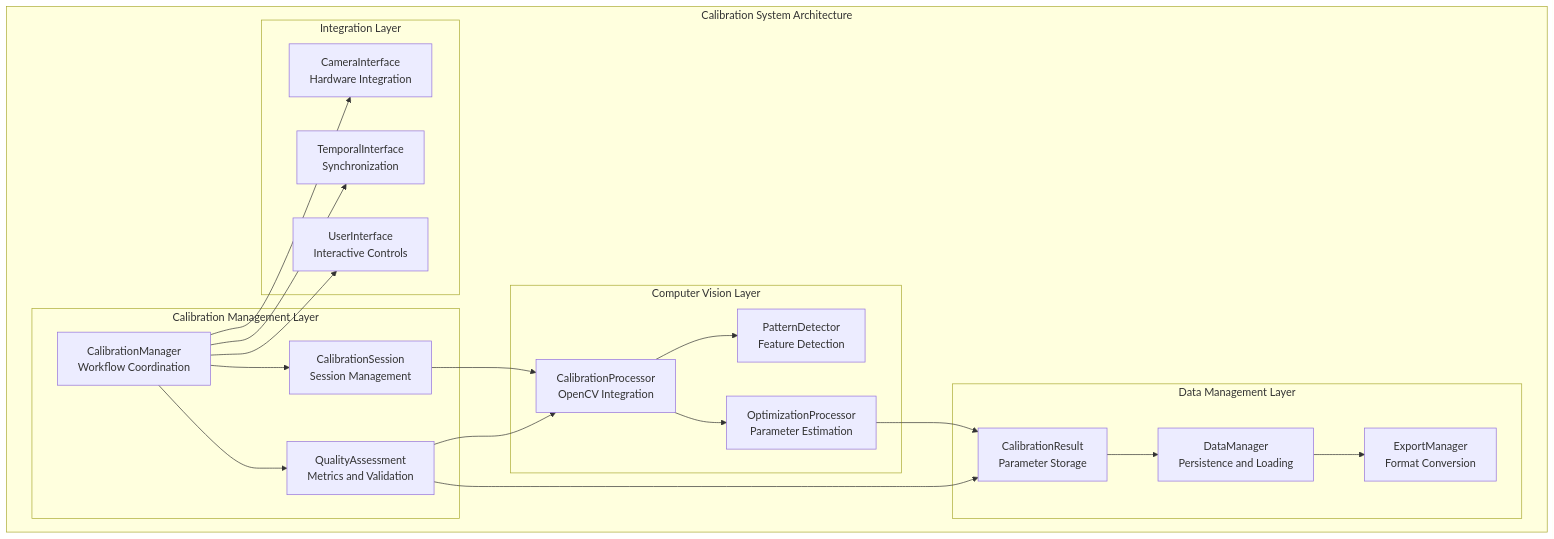
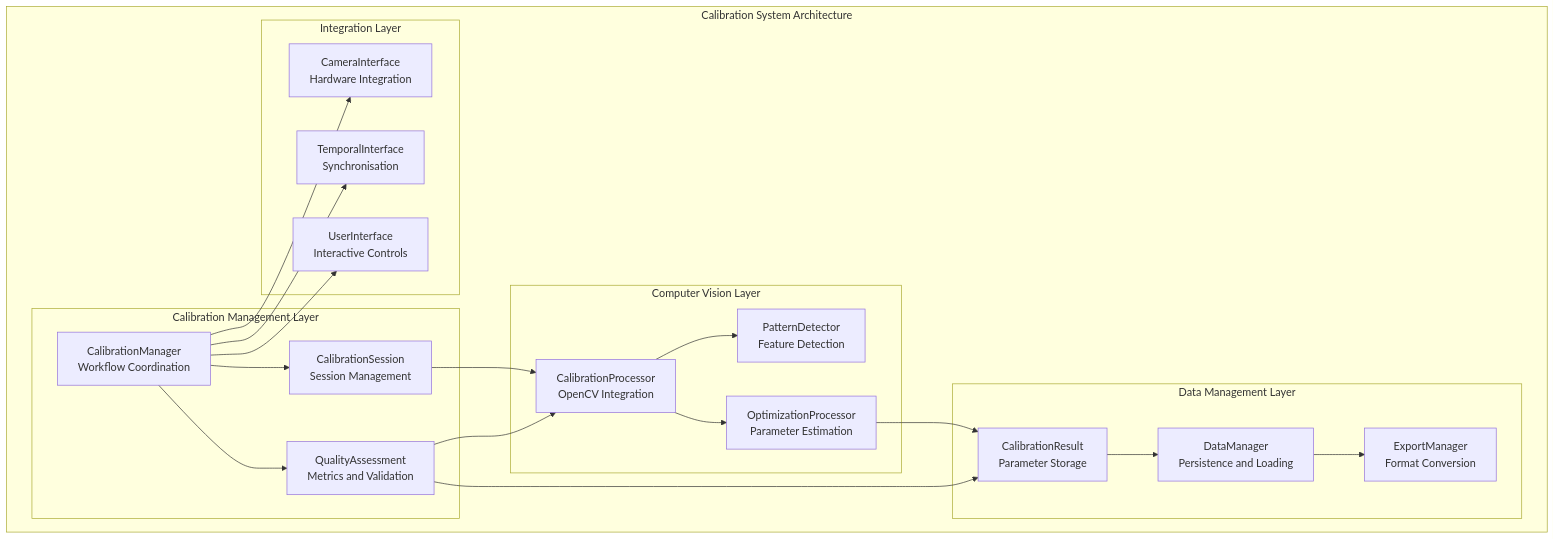
Before and after one commit to buccancs/fyp-multi-sensor-recording-system: the diagram in docs/module_deep_dive/calibration_system_readme.md, drawn with Mermaid. The commit also changed other lines of this file and 56 other files, not shown here.

````diff
--- a/docs/module_deep_dive/calibration_system_readme.md
+++ b/docs/module_deep_dive/calibration_system_readme.md
@@ -63,45 +63,45 @@
 ```mermaid
 graph TB
     subgraph "Calibration System Architecture"
         subgraph "Calibration Management Layer"
             CM[CalibrationManager<br/>Workflow Coordination]
             CS[CalibrationSession<br/>Session Management]
             QA[QualityAssessment<br/>Metrics and Validation]
         end
         
         subgraph "Computer Vision Layer"
             CP[CalibrationProcessor<br/>OpenCV Integration]
             PD[PatternDetector<br/>Feature Detection]
             OP[OptimizationProcessor<br/>Parameter Estimation]
         end
         
         subgraph "Data Management Layer"
             CR[CalibrationResult<br/>Parameter Storage]
             DM[DataManager<br/>Persistence and Loading]
             EM[ExportManager<br/>Format Conversion]
         end
         
         subgraph "Integration Layer"
             CI[CameraInterface<br/>Hardware Integration]
-            TI[TemporalInterface<br/>Synchronization]
+            TI[TemporalInterface<br/>Synchronisation]
             UI[UserInterface<br/>Interactive Controls]
         end
     end
     
     CM --> CS
     CM --> QA
     CS --> CP
     CP --> PD
     CP --> OP
     
     OP --> CR
     CR --> DM
     DM --> EM
     
     CM --> CI
     CM --> TI
     CM --> UI
     
     QA --> CP
     QA --> CR
 ```
````
